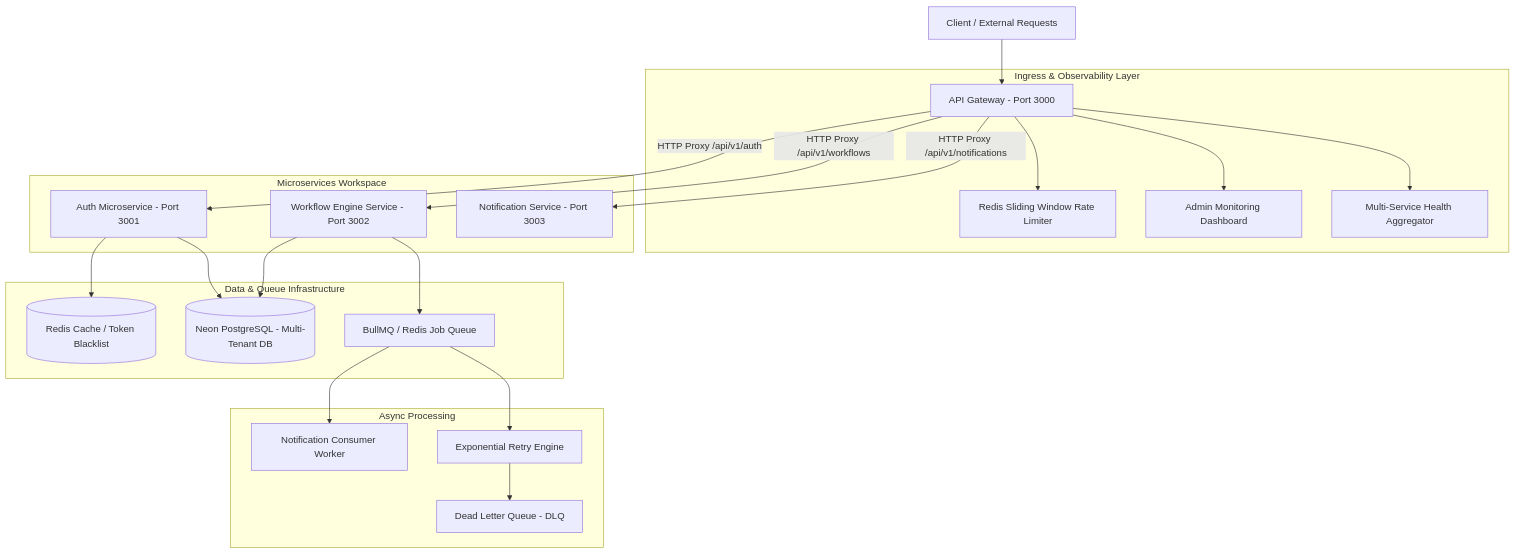
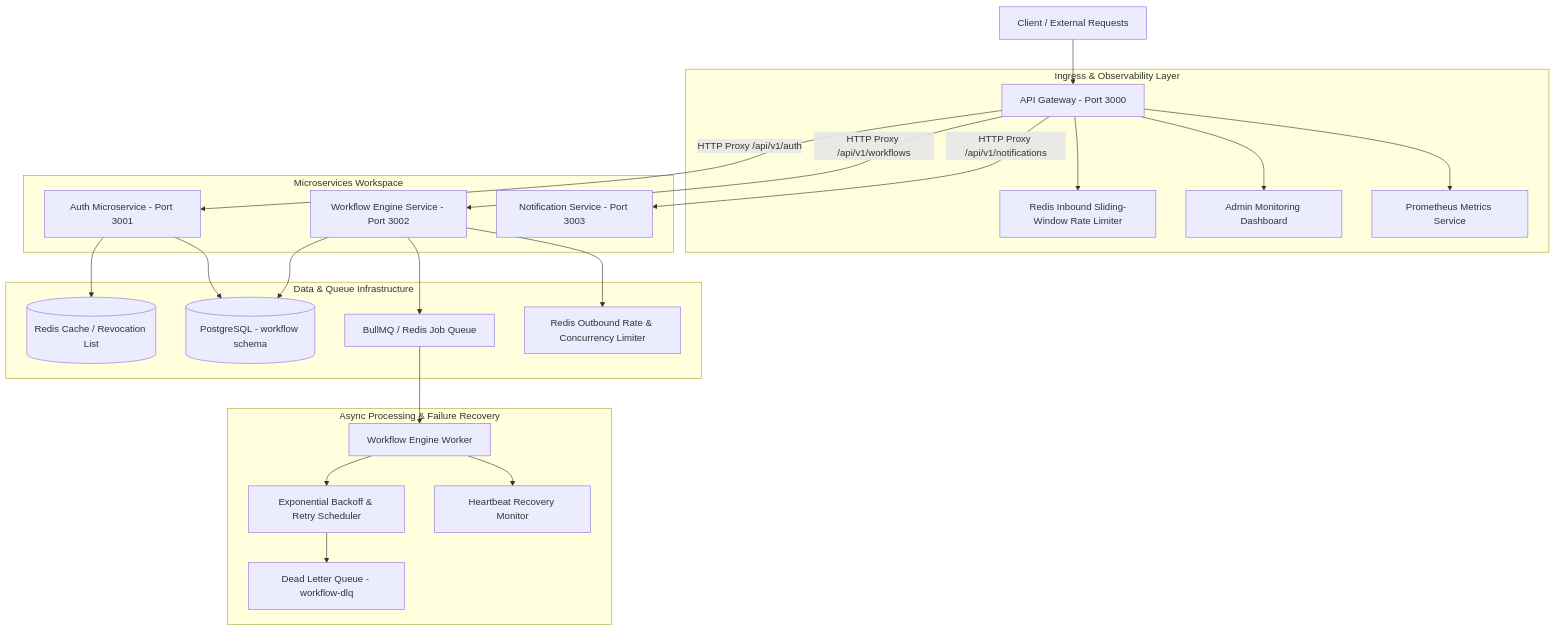
Before and after one commit to NabarupDev/ForgeGate: the diagram in README.md, drawn with Mermaid. The commit also changed other lines of this file and 1 other file, not shown here.

Commit message:
docs: update architecture documentation with detailed system topology, execution guarantees, and state machine diagrams.

````diff
--- a/README.md
+++ b/README.md
@@ -9,29 +18,31 @@
 ```mermaid
 flowchart TD
     Client[Client / External Requests] --> Gateway[API Gateway - Port 3000]
 
     subgraph Ingress & Observability Layer
-        Gateway --> RateLimiter[Redis Sliding Window Rate Limiter]
+        Gateway --> RateLimiter[Redis Inbound Sliding-Window Rate Limiter]
         Gateway --> Dashboard[Admin Monitoring Dashboard]
-        Gateway --> HealthCheck[Multi-Service Health Aggregator]
+        Gateway --> Metrics[Prometheus Metrics Service]
     end
 
     subgraph Microservices Workspace
         Gateway -->|HTTP Proxy /api/v1/auth| AuthService[Auth Microservice - Port 3001]
-        Gateway -->|HTTP Proxy /api/v1/workflows| WorkflowEngine[Workflow Engine Service - Port 3002]
+        Gateway -->|HTTP Proxy /api/v1/workflows| WorkflowService[Workflow Engine Service - Port 3002]
         Gateway -->|HTTP Proxy /api/v1/notifications| NotificationService[Notification Service - Port 3003]
     end
 
     subgraph Data & Queue Infrastructure
-        AuthService --> Redis[(Redis Cache / Token Blacklist)]
-        AuthService --> Postgres[(Neon PostgreSQL - Multi-Tenant DB)]
-        WorkflowEngine --> Postgres
-        WorkflowEngine --> Queue[BullMQ / Redis Job Queue]
+        AuthService --> Redis[(Redis Cache / Revocation List)]
+        AuthService --> Postgres[(PostgreSQL - auth schema)]
+        WorkflowService --> Postgres[(PostgreSQL - workflow schema)]
+        WorkflowService --> Queue[BullMQ / Redis Job Queue]
+        WorkflowService --> Limiters[Redis Outbound Rate & Concurrency Limiter]
     end
 
-    subgraph Async Processing
-        Queue --> NotificationWorker[Notification Consumer Worker]
-        Queue --> RetryEngine[Exponential Retry Engine]
-        RetryEngine --> DLQ[Dead Letter Queue - DLQ]
+    subgraph Async Processing & Failure Recovery
+        Queue --> Worker[Workflow Engine Worker]
+        Worker --> RetryEngine[Exponential Backoff & Retry Scheduler]
+        RetryEngine --> DLQ[Dead Letter Queue - workflow-dlq]
+        Worker --> StaleRecovery[Heartbeat Recovery Monitor]
     end
 ```
````
